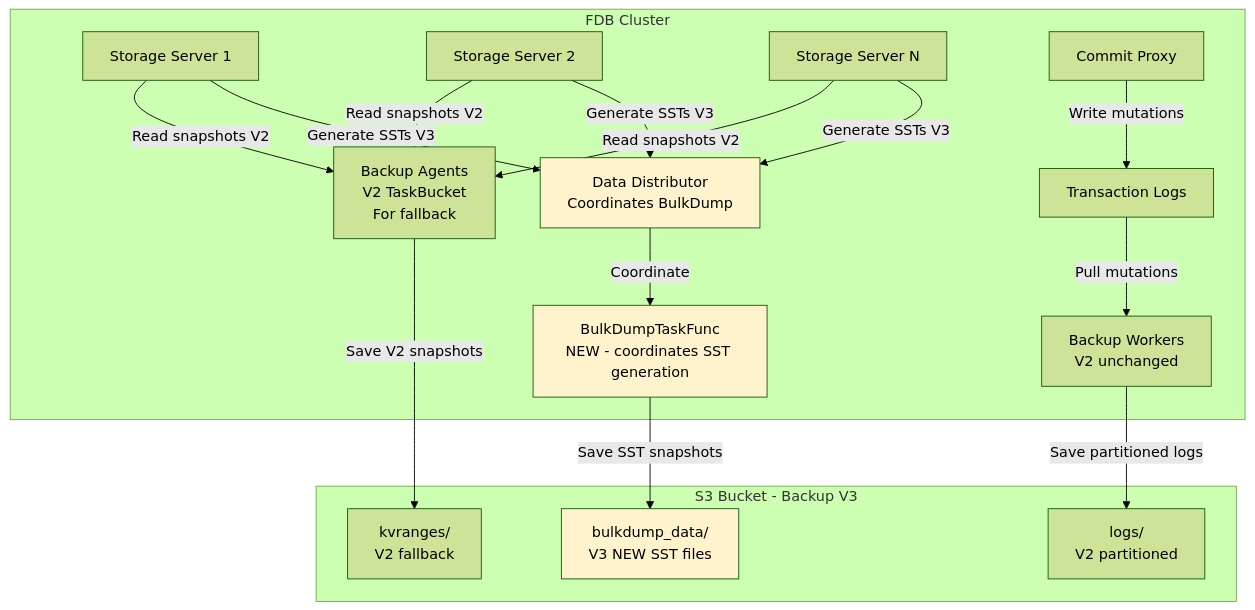
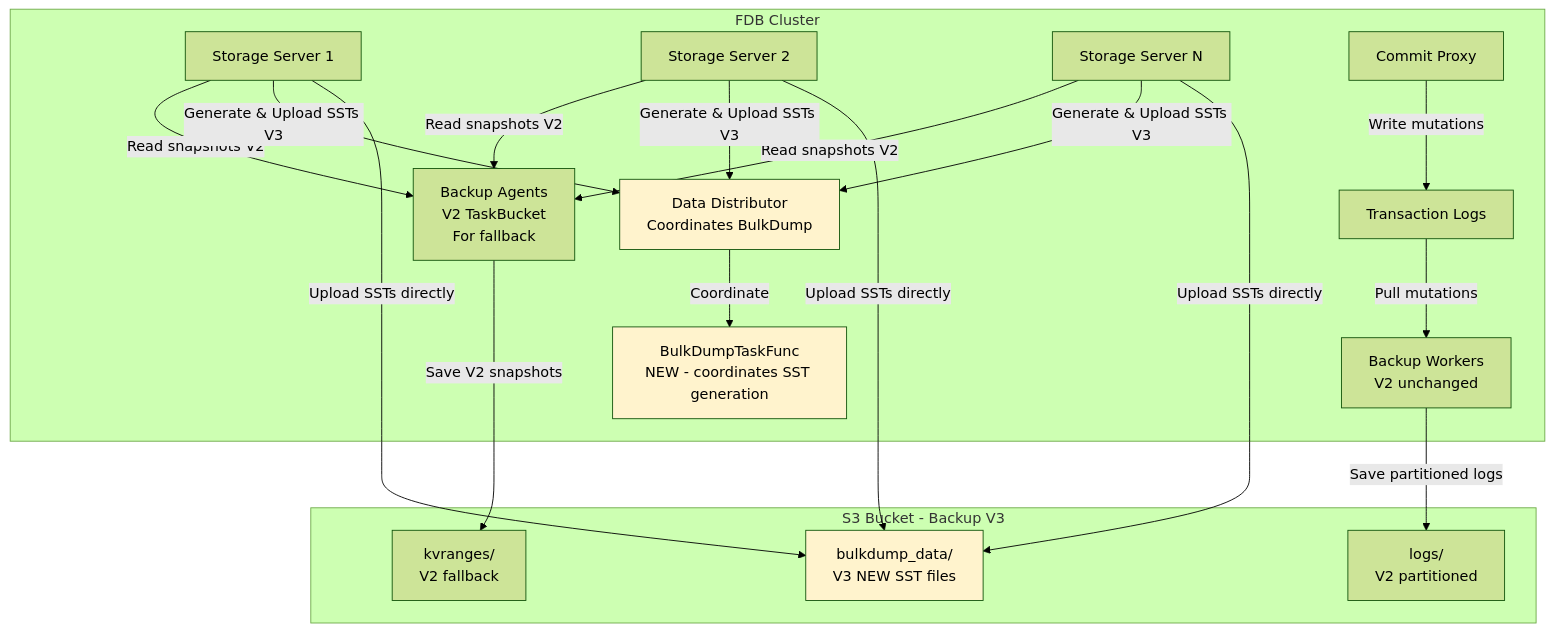
Before and after one commit to apple/foundationdb: the third of 4 diagrams in design/bulkload-restore-integration.md, drawn with Mermaid (forest theme). The commit also changed other lines of this file and 5 other files, not shown here.

````diff
--- a/design/bulkload-restore-integration.md
+++ b/design/bulkload-restore-integration.md
@@ -151,43 +151,45 @@
 ```mermaid
 graph TB
     subgraph FDB_Cluster_V3["FDB Cluster"]
         SS1[Storage Server 1]
         SS2[Storage Server 2]
         SSN[Storage Server N]
         
         DD["Data Distributor<br/>Coordinates BulkDump"]
         CP[Commit Proxy]
         TLog[Transaction Logs]
         
         BA["Backup Agents<br/>V2 TaskBucket<br/>For fallback"]
         BW["Backup Workers<br/>V2 unchanged"]
         BDTF["BulkDumpTaskFunc<br/>NEW - coordinates SST generation"]
         
         SS1 -->|Read snapshots V2| BA
         SS2 -->|Read snapshots V2| BA
         SSN -->|Read snapshots V2| BA
         
-        SS1 -->|Generate SSTs V3| DD
-        SS2 -->|Generate SSTs V3| DD
-        SSN -->|Generate SSTs V3| DD
+        SS1 -->|Generate & Upload SSTs V3| DD
+        SS2 -->|Generate & Upload SSTs V3| DD
+        SSN -->|Generate & Upload SSTs V3| DD
         
         DD -->|Coordinate| BDTF
         
         CP -->|Write mutations| TLog
         TLog -->|Pull mutations| BW
     end
     
     subgraph S3_V3["S3 Bucket - Backup V3"]
         RF["kvranges/<br/>V2 fallback"]
         ML["logs/<br/>V2 partitioned"]
         BD["bulkdump_data/<br/>V3 NEW SST files"]
     end
     
     BA -->|Save V2 snapshots| RF
     BW -->|Save partitioned logs| ML
-    BDTF -->|Save SST snapshots| BD
+    SS1 -->|Upload SSTs directly| BD
+    SS2 -->|Upload SSTs directly| BD
+    SSN -->|Upload SSTs directly| BD
     
     style BDTF fill:#FFF3CD
     style DD fill:#FFF3CD
     style BD fill:#FFF3CD
 ```
````
